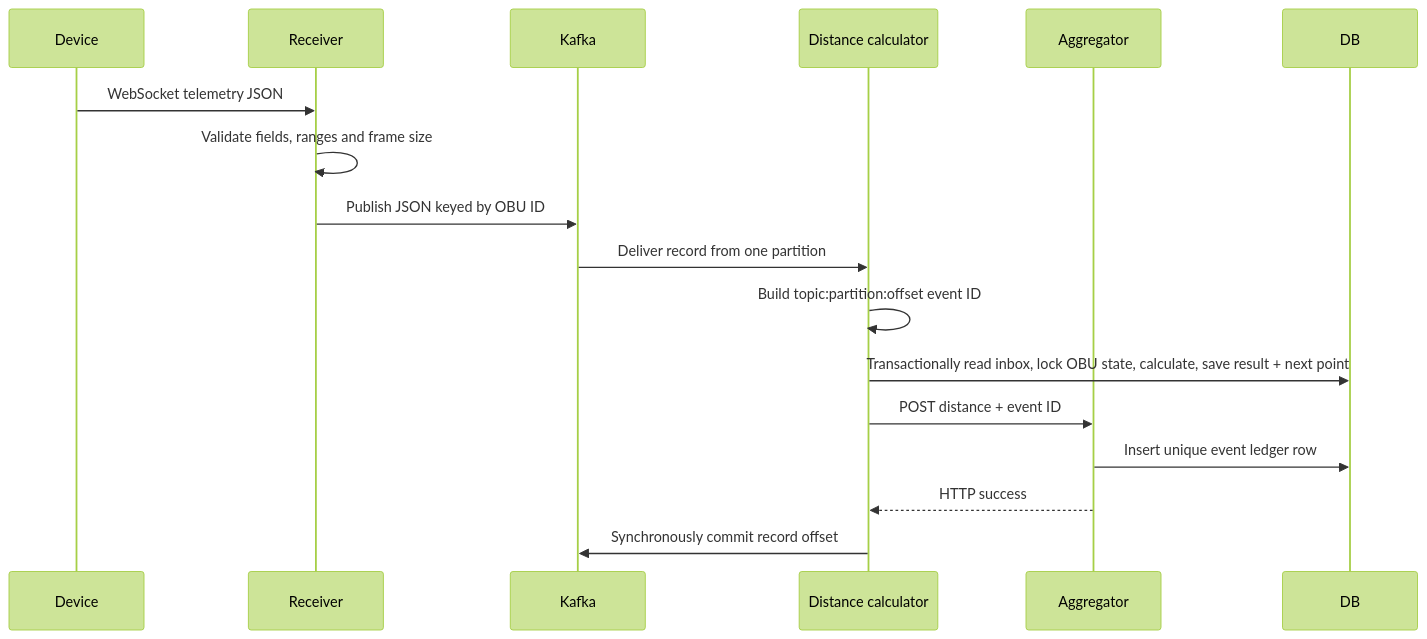
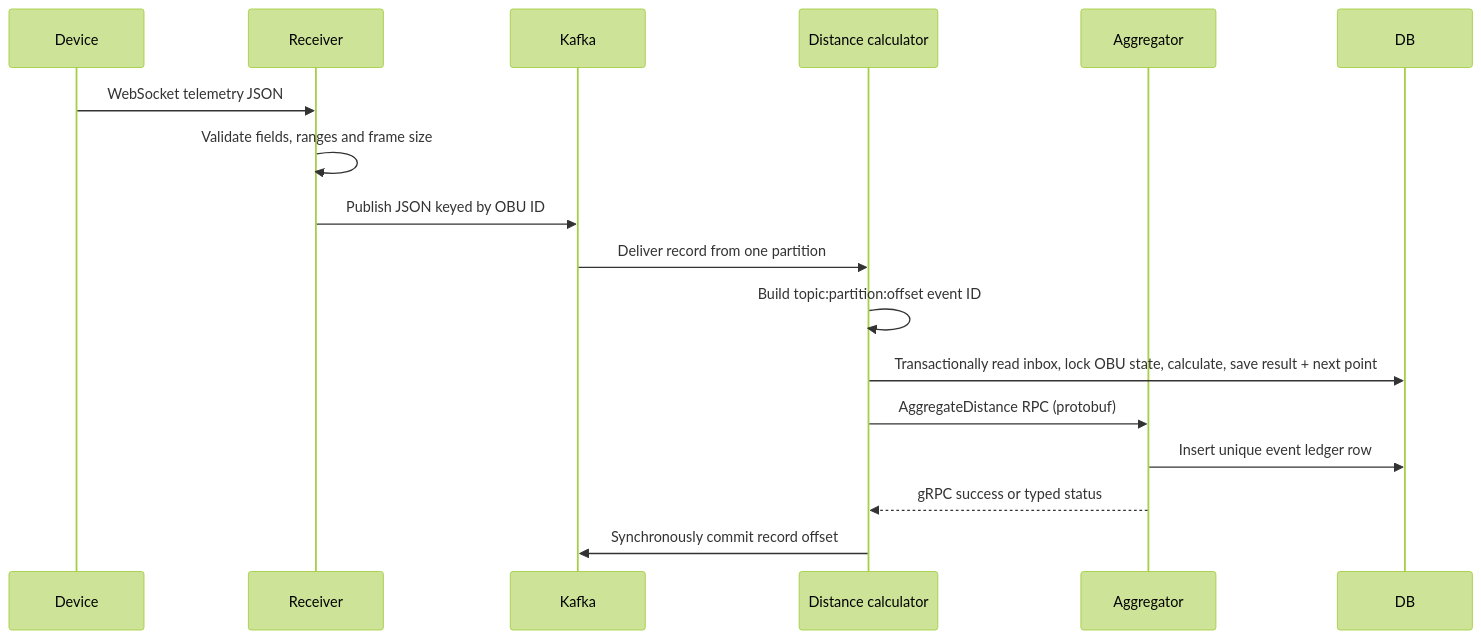
The second of 2 diagrams in docs/architecture/HLD.md (Tanmoy095/FleetToll-Engine), drawn with Mermaid (forest theme) before and after one commit. The commit also changed other lines of this file and 13 other files, not shown here.

````diff
--- a/docs/architecture/HLD.md
+++ b/docs/architecture/HLD.md
@@ -36,18 +36,18 @@
 ```mermaid
 sequenceDiagram
   participant D as Device
   participant R as Receiver
   participant K as Kafka
   participant C as Distance calculator
   participant A as Aggregator
   D->>R: WebSocket telemetry JSON
   R->>R: Validate fields, ranges and frame size
   R->>K: Publish JSON keyed by OBU ID
   K->>C: Deliver record from one partition
   C->>C: Build topic:partition:offset event ID
   C->>DB: Transactionally read inbox, lock OBU state, calculate, save result + next point
-  C->>A: POST distance + event ID
+  C->>A: AggregateDistance RPC (protobuf)
   A->>DB: Insert unique event ledger row
-  A-->>C: HTTP success
+  A-->>C: gRPC success or typed status
   C->>K: Synchronously commit record offset
 ```
````
